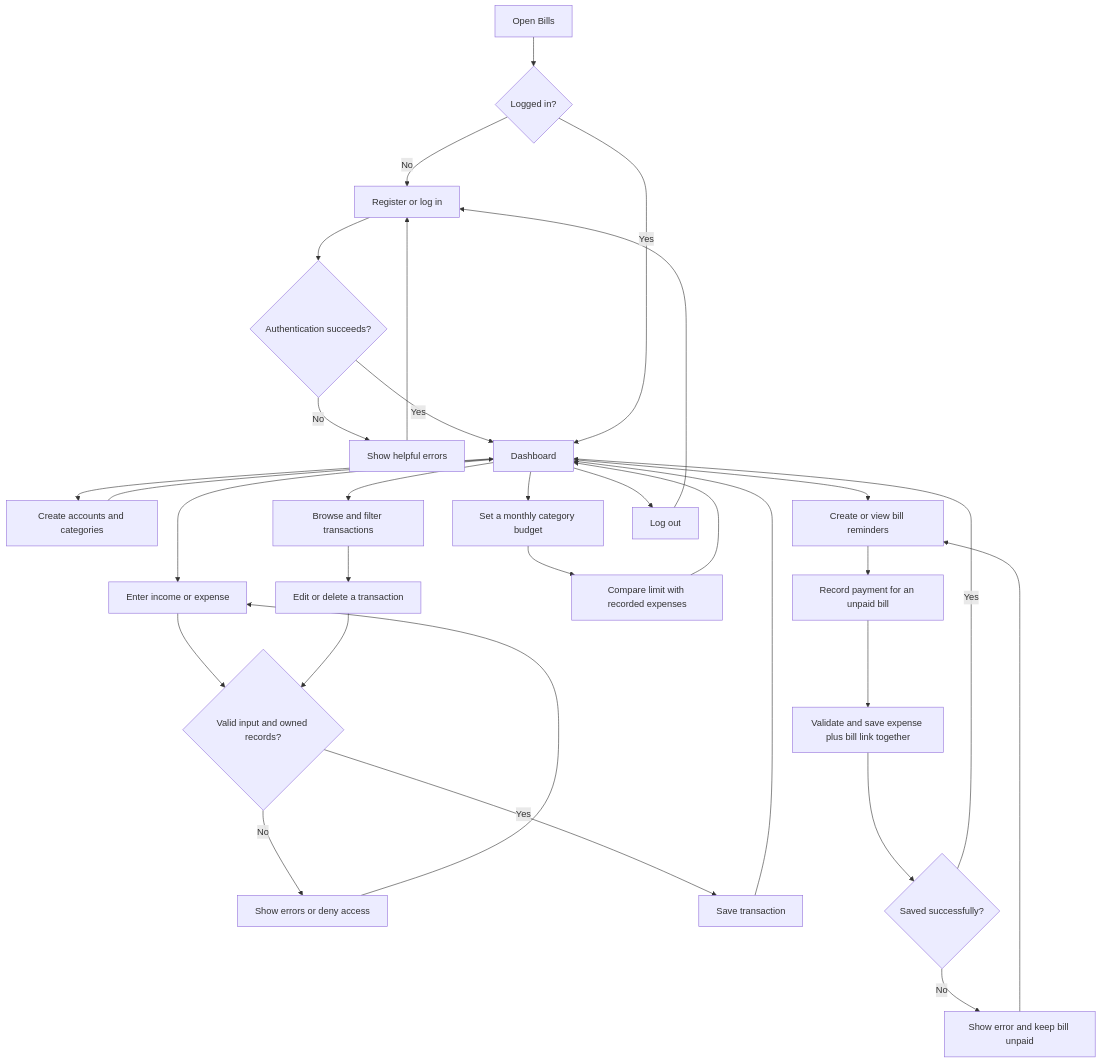
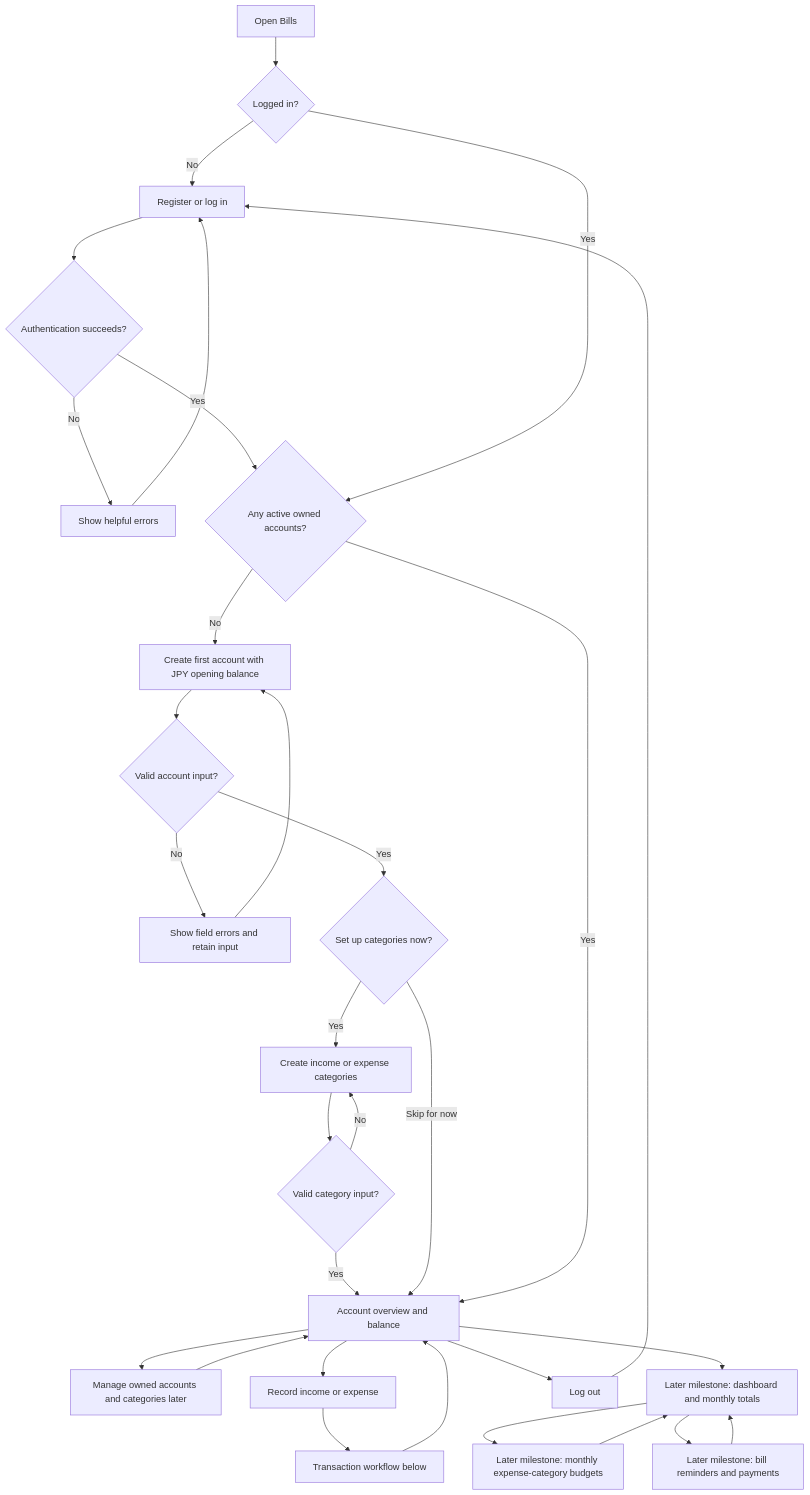
Before and after one commit to Keii-boy/Bills: the first of 3 diagrams in docs/02-user-flow.md, drawn with Mermaid. The commit also changed other lines of this file and 6 other files, not shown here.

Commit message:
docs: finalize Bills project architecture and roadmap

````diff
--- a/docs/02-user-flow.md
+++ b/docs/02-user-flow.md
@@ -5,33 +9,33 @@
 ```mermaid
 flowchart TD
     Start[Open Bills] --> Session{Logged in?}
     Session -->|No| Auth[Register or log in]
     Auth --> AuthOK{Authentication succeeds?}
     AuthOK -->|No| AuthError[Show helpful errors]
     AuthError --> Auth
-    AuthOK -->|Yes| Dashboard[Dashboard]
-    Session -->|Yes| Dashboard
-    Dashboard --> Setup[Create accounts and categories]
-    Setup --> Dashboard
-    Dashboard --> Entry[Enter income or expense]
-    Entry --> Valid{Valid input and owned records?}
-    Valid -->|No| Errors[Show errors or deny access]
-    Errors --> Entry
-    Valid -->|Yes| Save[Save transaction]
-    Save --> Dashboard
-    Dashboard --> History[Browse and filter transactions]
-    History --> Edit[Edit or delete a transaction]
-    Edit --> Valid
-    Dashboard --> Budget[Set a monthly category budget]
-    Budget --> Compare[Compare limit with recorded expenses]
-    Compare --> Dashboard
-    Dashboard --> Bills[Create or view bill reminders]
-    Bills --> Pay[Record payment for an unpaid bill]
-    Pay --> Atomic[Validate and save expense plus bill link together]
-    Atomic --> Result{Saved successfully?}
-    Result -->|Yes| Dashboard
-    Result -->|No| PaymentError[Show error and keep bill unpaid]
-    PaymentError --> Bills
-    Dashboard --> Logout[Log out]
+    AuthOK -->|Yes| HasAccount{Any active owned accounts?}
+    Session -->|Yes| HasAccount
+    HasAccount -->|No| CreateAccount[Create first account with JPY opening balance]
+    CreateAccount --> AccountOK{Valid account input?}
+    AccountOK -->|No| AccountError[Show field errors and retain input]
+    AccountError --> CreateAccount
+    AccountOK -->|Yes| CategoryChoice{Set up categories now?}
+    CategoryChoice -->|Yes| Categories[Create income or expense categories]
+    Categories --> CategoryOK{Valid category input?}
+    CategoryOK -->|No| Categories
+    CategoryOK -->|Yes| AccountPage[Account overview and balance]
+    CategoryChoice -->|Skip for now| AccountPage
+    HasAccount -->|Yes| AccountPage
+    AccountPage --> Manage[Manage owned accounts and categories later]
+    Manage --> AccountPage
+    AccountPage --> Entry[Record income or expense]
+    Entry --> Transactions[Transaction workflow below]
+    Transactions --> AccountPage
+    AccountPage --> Dashboard[Later milestone: dashboard and monthly totals]
+    Dashboard --> Budget[Later milestone: monthly expense-category budgets]
+    Budget --> Dashboard
+    Dashboard --> Bills[Later milestone: bill reminders and payments]
+    Bills --> Dashboard
+    AccountPage --> Logout[Log out]
     Logout --> Auth
 ```
````
